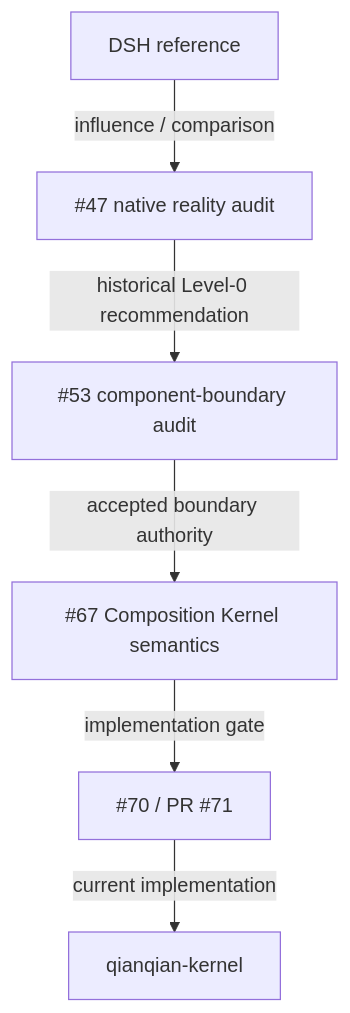
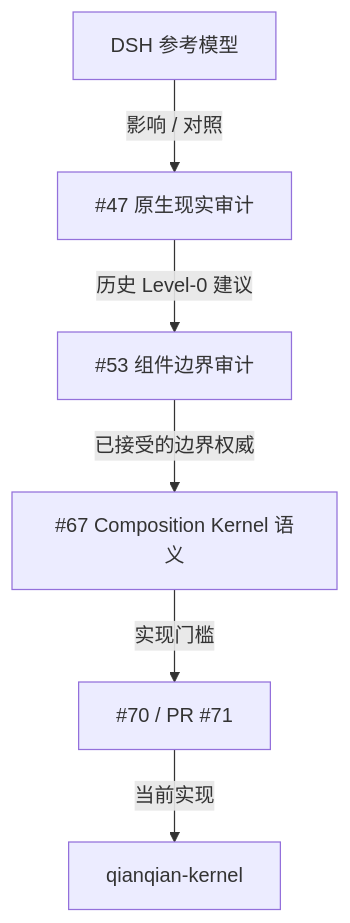
Before and after one commit to jnhu76/qianqian: the diagram in website/research/dsh-composition-lineage.md, drawn with Mermaid. The commit also changed other lines of this file and 22 other files, not shown here.

````diff
--- a/website/research/dsh-composition-lineage.md
+++ b/website/research/dsh-composition-lineage.md
@@ -82,8 +82,8 @@
 ```mermaid
 flowchart TD
-    A["DSH reference"] -->|"influence / comparison"| B["#47 native reality audit"]
-    B -->|"historical Level-0 recommendation"| C["#53 component-boundary audit"]
-    C -->|"accepted boundary authority"| D["#67 Composition Kernel semantics"]
-    D -->|"implementation gate"| E["#70 / PR #71"]
-    E -->|"current implementation"| F["qianqian-kernel"]
+    A["DSH 参考模型"] -->|"影响 / 对照"| B["#47 原生现实审计"]
+    B -->|"历史 Level-0 建议"| C["#53 组件边界审计"]
+    C -->|"已接受的边界权威"| D["#67 Composition Kernel 语义"]
+    D -->|"实现门槛"| E["#70 / PR #71"]
+    E -->|"当前实现"| F["qianqian-kernel"]
 ```
````
